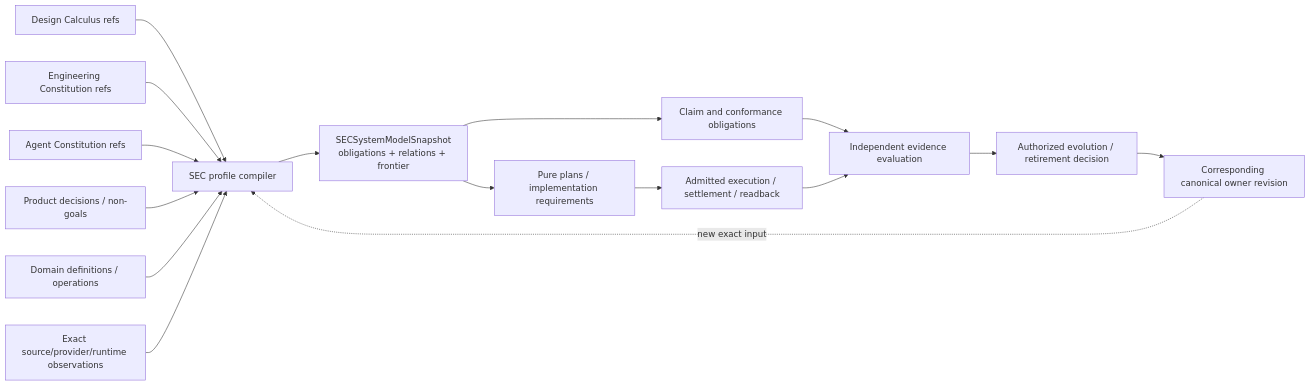
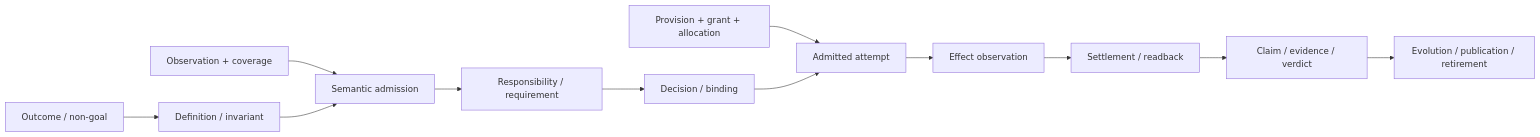
The first of 3 diagrams in docs/system-architecture.md (sec-platform/sec), drawn with Mermaid before and after one commit. The commit also changed other lines of this file and 37 other files, not shown here.

````diff
--- a/docs/system-architecture.md
+++ b/docs/system-architecture.md
@@ -15,18 +15,14 @@
 ```mermaid
 flowchart LR
-  DC[Design Calculus refs] --> PC[SEC profile compiler]
-  EC[Engineering Constitution refs] --> PC
-  AC[Agent Constitution refs] --> PC
-  PD[Product decisions / non-goals] --> PC
-  DD[Domain definitions / operations] --> PC
-  OB[Exact source/provider/runtime observations] --> PC
-  PC --> SM[SECSystemModelSnapshot<br/>obligations + relations + frontier]
-  SM --> OP[Pure plans / implementation requirements]
-  SM --> CL[Claim and conformance obligations]
-  OP --> EX[Admitted execution / settlement / readback]
-  CL --> VE[Independent evidence evaluation]
-  EX --> VE
-  VE --> EV[Authorized evolution / retirement decision]
-  EV --> NR[Corresponding canonical owner revision]
-  NR -. new exact input .-> PC
+  O[Outcome / non-goal] --> D[Definition / invariant]
+  X[Observation + coverage] --> S[Semantic admission]
+  D --> S
+  S --> R[Responsibility / requirement]
+  R --> B[Decision / binding]
+  P[Provision + grant + allocation] --> A[Admitted attempt]
+  B --> A
+  A --> E[Effect observation]
+  E --> T[Settlement / readback]
+  T --> C[Claim / evidence / verdict]
+  C --> V[Evolution / publication / retirement]
 ```
````
